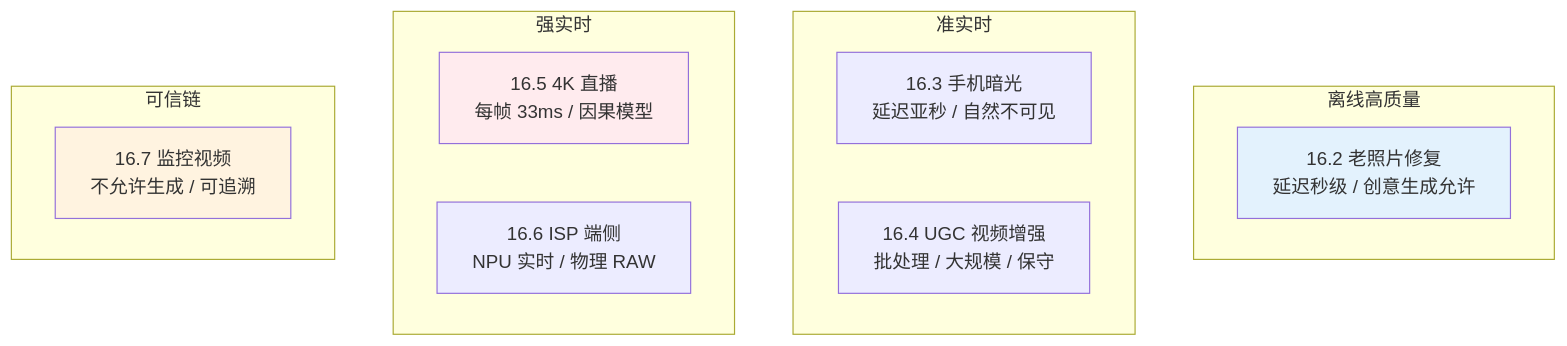
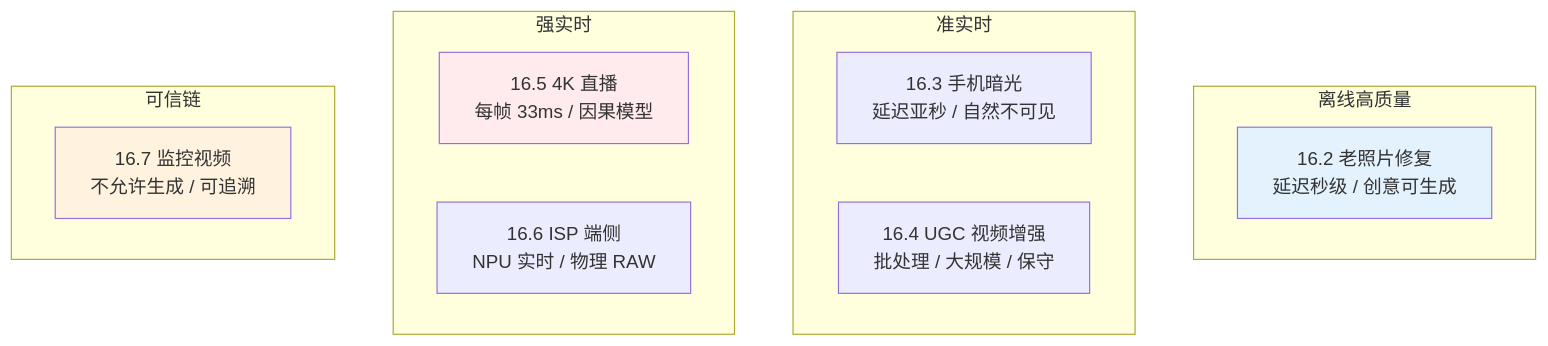
Before and after one commit to yingwang/image-enhancement-guide: the first of 5 diagrams in chapters/16-cases.md, drawn with Mermaid. The commit also changed other lines of this file and 18 other files, not shown here.

````diff
--- a/chapters/16-cases.md
+++ b/chapters/16-cases.md
@@ -57,21 +59,21 @@
 ```mermaid
 graph TD
     subgraph 离线高质量
-        A[16.2 老照片修复<br/>延迟秒级 / 创意生成允许]
+        A[16.2 老照片修复<br/>延迟秒级 / 创意可生成]
     end
     subgraph 准实时
         B[16.3 手机暗光<br/>延迟亚秒 / 自然不可见]
         C[16.4 UGC 视频增强<br/>批处理 / 大规模 / 保守]
     end
     subgraph 强实时
         D[16.5 4K 直播<br/>每帧 33ms / 因果模型]
         E[16.6 ISP 端侧<br/>NPU 实时 / 物理 RAW]
     end
     subgraph 可信链
         F[16.7 监控视频<br/>不允许生成 / 可追溯]
     end
 
     style A fill:#e3f2fd
     style D fill:#ffebee
     style F fill:#fff3e0
 ```
````
